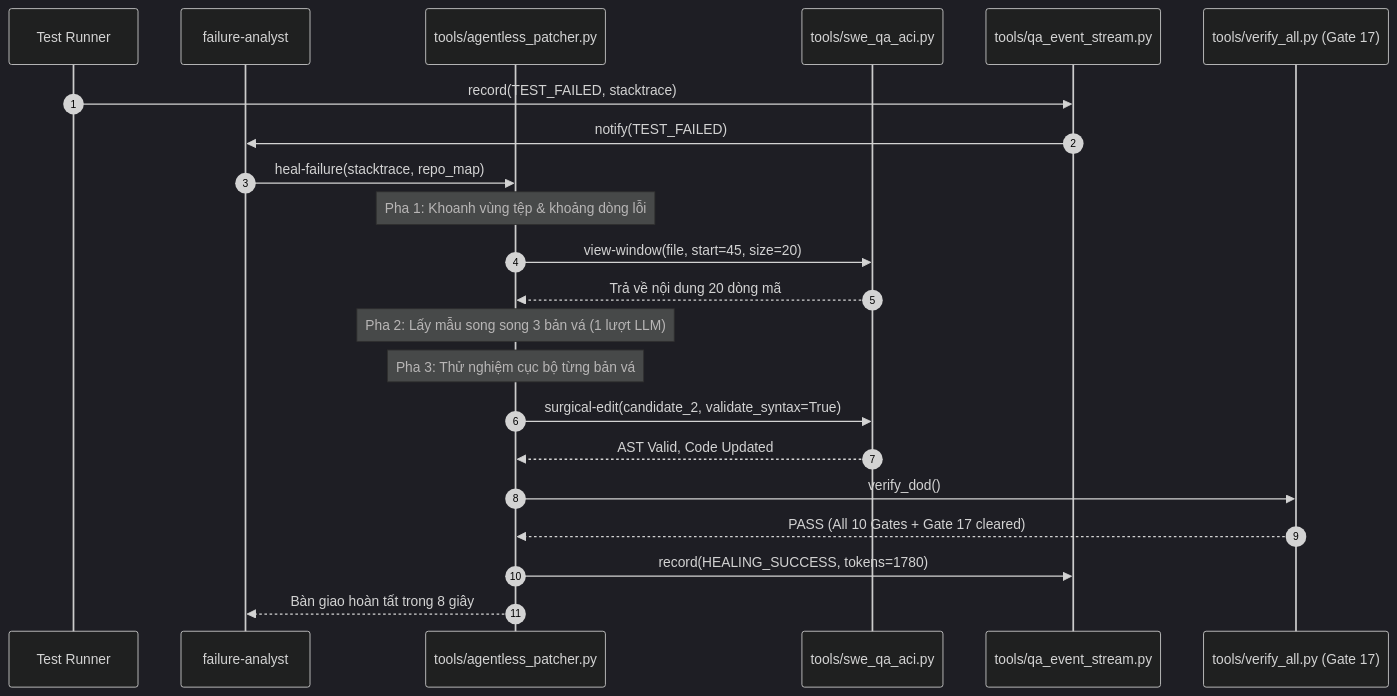
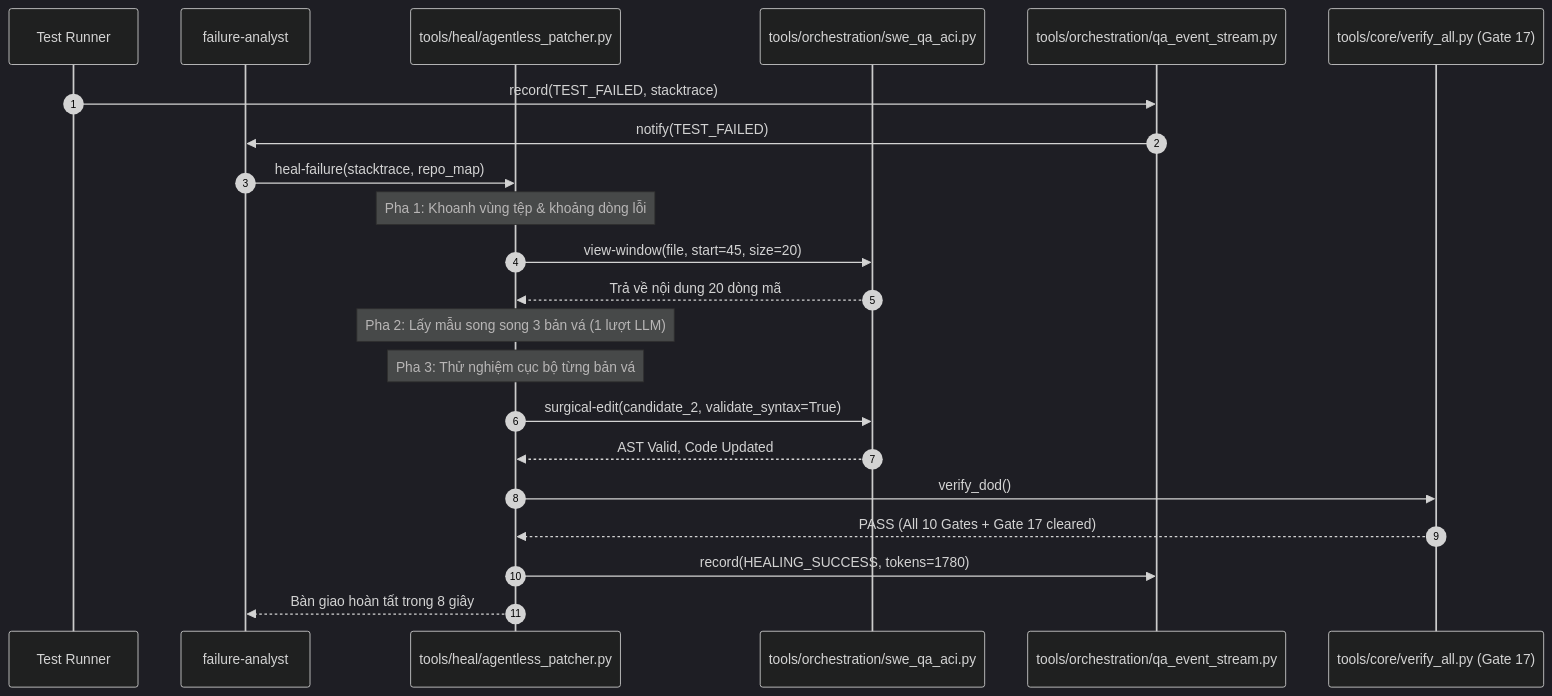
One commit to TeeVee98/Synapse-Hub changed the fifth of 7 diagrams in docs/research/EXTERNAL_AGENT_SKILLS_SURVEY.md. Above: the diagram before and after it, drawn with Mermaid (dark theme). The commit also changed other lines of this file and 118 other files, not shown here.

````diff
--- a/docs/research/EXTERNAL_AGENT_SKILLS_SURVEY.md
+++ b/docs/research/EXTERNAL_AGENT_SKILLS_SURVEY.md
@@ -890,25 +890,25 @@
 ```mermaid
 sequenceDiagram
     autonumber
     participant Runner as Test Runner
     participant Analyst as failure-analyst
-    participant Patcher as tools/agentless_patcher.py
-    participant ACI as tools/swe_qa_aci.py
-    participant Stream as tools/qa_event_stream.py
-    participant Gate as tools/verify_all.py (Gate 17)
+    participant Patcher as tools/heal/agentless_patcher.py
+    participant ACI as tools/orchestration/swe_qa_aci.py
+    participant Stream as tools/orchestration/qa_event_stream.py
+    participant Gate as tools/core/verify_all.py (Gate 17)
 
     Runner->>Stream: record(TEST_FAILED, stacktrace)
     Stream->>Analyst: notify(TEST_FAILED)
     Analyst->>Patcher: heal-failure(stacktrace, repo_map)
     Note over Patcher: Pha 1: Khoanh vùng tệp & khoảng dòng lỗi
     Patcher->>ACI: view-window(file, start=45, size=20)
     ACI-->>Patcher: Trả về nội dung 20 dòng mã
     Note over Patcher: Pha 2: Lấy mẫu song song 3 bản vá (1 lượt LLM)
     Note over Patcher: Pha 3: Thử nghiệm cục bộ từng bản vá
     Patcher->>ACI: surgical-edit(candidate_2, validate_syntax=True)
     ACI-->>Patcher: AST Valid, Code Updated
     Patcher->>Gate: verify_dod()
     Gate-->>Patcher: PASS (All 10 Gates + Gate 17 cleared)
     Patcher->>Stream: record(HEALING_SUCCESS, tokens=1780)
     Patcher-->>Analyst: Bàn giao hoàn tất trong 8 giây
 ```
````
